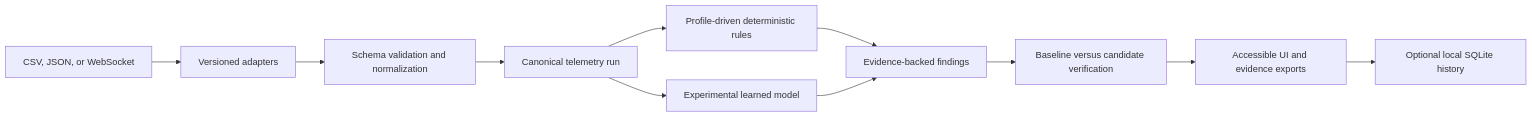
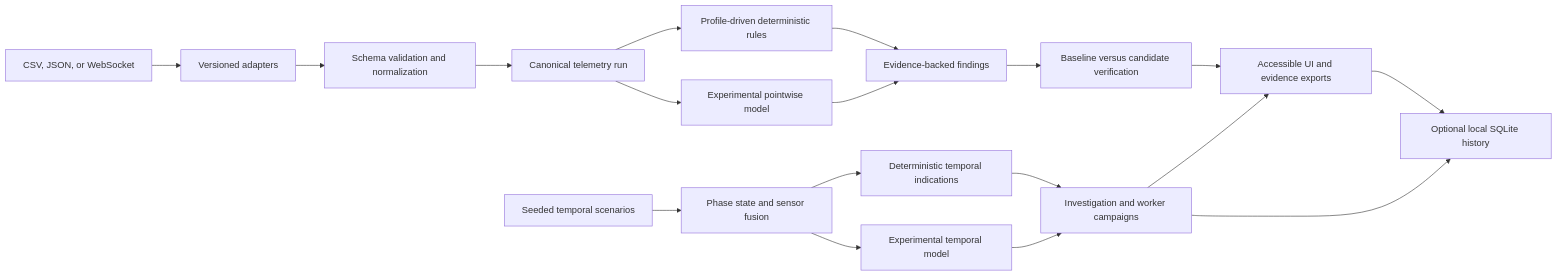
One commit to Kato-MT/Aviation-Dashboard-Project changed the first of 2 diagrams in docs/architecture.md. Above: the diagram before and after it, drawn with Mermaid. The commit also changed other lines of this file and 20 other files, not shown here.

````diff
--- a/docs/architecture.md
+++ b/docs/architecture.md
@@ -11,13 +11,20 @@
 ```mermaid
 flowchart LR
     A["CSV, JSON, or WebSocket"] --> B["Versioned adapters"]
     B --> C["Schema validation and normalization"]
     C --> D["Canonical telemetry run"]
     D --> E["Profile-driven deterministic rules"]
-    D --> F["Experimental learned model"]
+    D --> F["Experimental pointwise model"]
     E --> G["Evidence-backed findings"]
     F --> G
     G --> H["Baseline versus candidate verification"]
     H --> I["Accessible UI and evidence exports"]
     I --> J["Optional local SQLite history"]
+    K["Seeded temporal scenarios"] --> L["Phase state and sensor fusion"]
+    L --> M["Deterministic temporal indications"]
+    L --> N["Experimental temporal model"]
+    M --> O["Investigation and worker campaigns"]
+    N --> O
+    O --> I
+    O --> J
 ```
````
